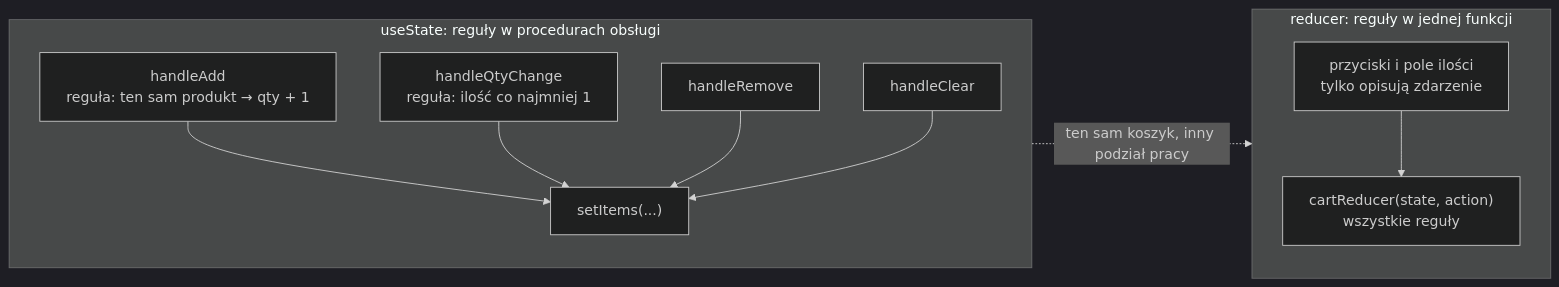
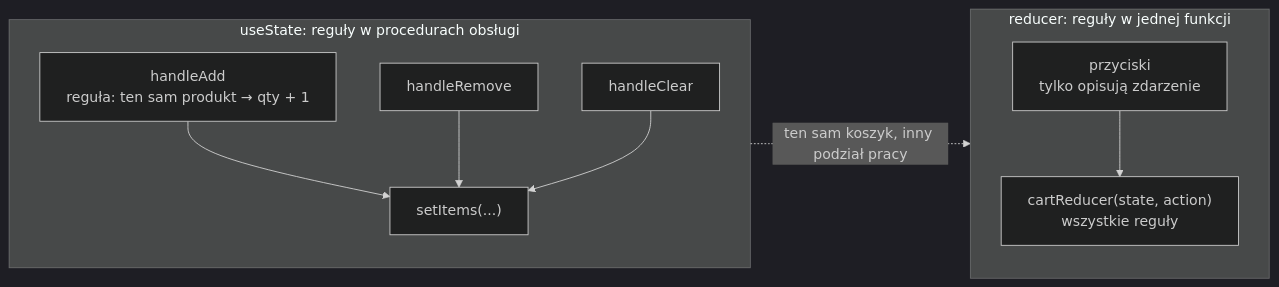
Before and after one commit to mmiotk/frontend-development-ug: the diagram in lecture04/slides/slide_01_stan-sklepu-i-reducer.md, drawn with Mermaid (dark theme). The commit also changed other lines of this file and 38 other files, not shown here.

````diff
--- a/lecture04/slides/slide_01_stan-sklepu-i-reducer.md
+++ b/lecture04/slides/slide_01_stan-sklepu-i-reducer.md
@@ -126,14 +119,13 @@
 ```mermaid
 %%{init: {"flowchart": {"wrappingWidth": 360}}}%%
 flowchart LR
     subgraph A["useState: reguły w procedurach obsługi"]
         B1["handleAdd<br/>reguła: ten sam produkt → qty + 1"] --> S1["setItems(...)"]
-        B2["handleQtyChange<br/>reguła: ilość co najmniej 1"] --> S1
-        B3["handleRemove"] --> S1
-        B4["handleClear"] --> S1
+        B2["handleRemove"] --> S1
+        B3["handleClear"] --> S1
     end
     subgraph R["reducer: reguły w jednej funkcji"]
-        C1["przyciski i pole ilości<br/>tylko opisują zdarzenie"] --> F["cartReducer(state, action)<br/>wszystkie reguły"]
+        C1["przyciski<br/>tylko opisują zdarzenie"] --> F["cartReducer(state, action)<br/>wszystkie reguły"]
     end
     A -. "ten sam koszyk, inny podział pracy" .-> R
 ```
````
